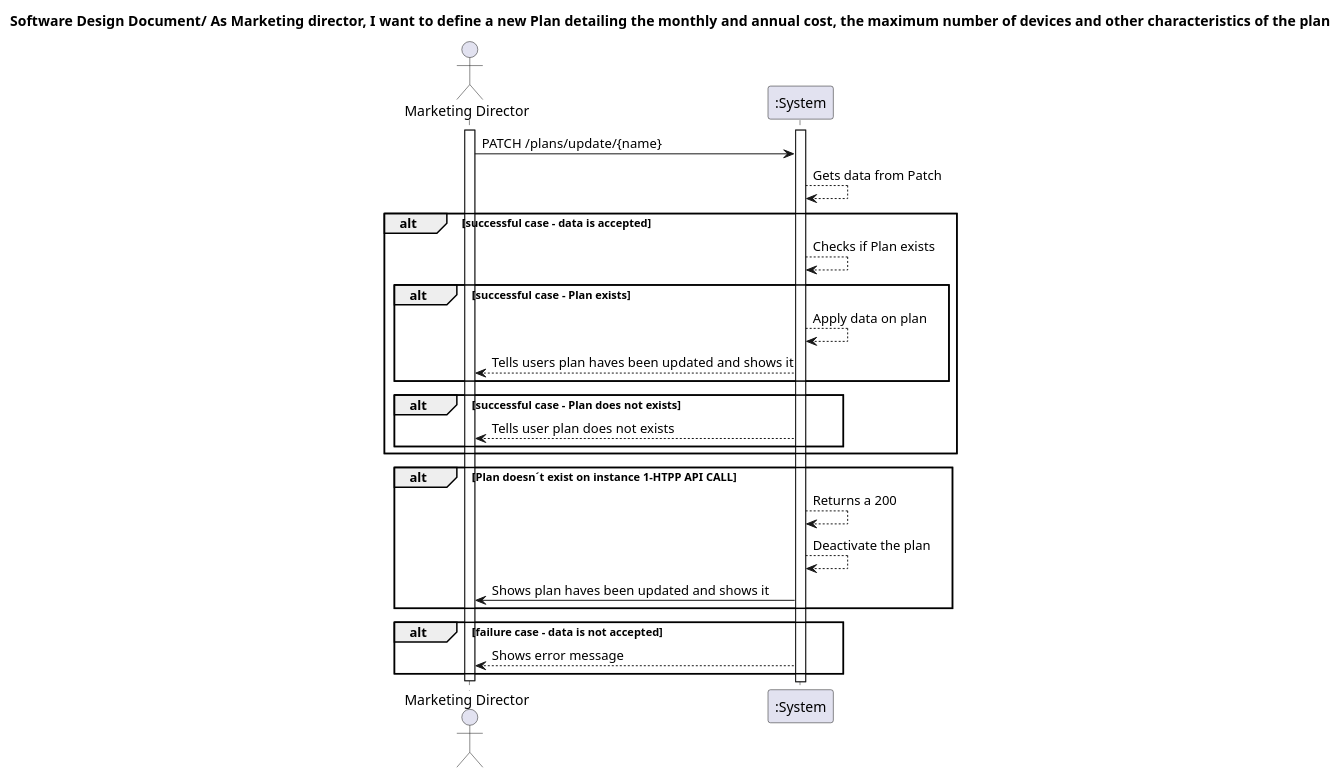
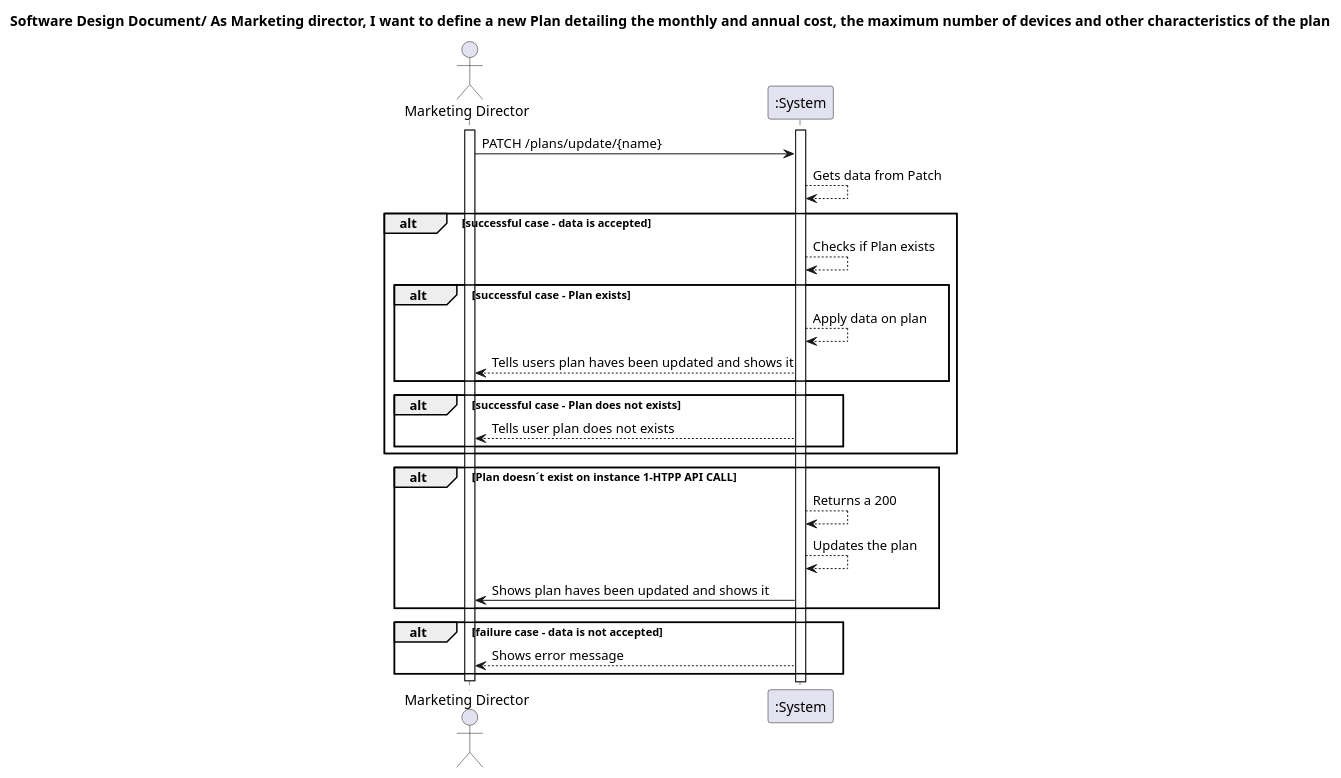
One commit to IsepMartimOliveira/SIDIS changed the diagram in docs_sidis/Plans/WP#1A/US03/SDD.puml. Above: the diagram before and after it, drawn with PlantUML. The commit also changed 12 other files, not shown here.

```diff
--- a/docs_sidis/Plans/WP#1A/US03/SDD.puml
+++ b/docs_sidis/Plans/WP#1A/US03/SDD.puml
@@ -1,37 +1,37 @@
 @startuml
 'https://plantuml.com/sequence-diagram
 actor "Marketing Director" as MD
 title Software Design Document/ As Marketing director, I want to define a new Plan detailing the monthly and annual cost, the maximum number of devices and other characteristics of the plan
 
 activate MD
 
 MD -> ":System" : PATCH /plans/update/{name}
 ":System" --> ":System" : Gets data from Patch
 
 alt successful case - data is accepted
 
 ":System" --> ":System" : Checks if Plan exists
 alt successful case - Plan exists
 ":System" --> ":System" : Apply data on plan
 ":System" --> MD : Tells users plan haves been updated and shows it
 end
 alt successful case - Plan does not exists
 ":System" --> MD : Tells user plan does not exists
 end
 end
 
 alt Plan doesn´t exist on instance 1-HTPP API CALL
 ":System"-->":System":Returns a 200
-":System" --> ":System" : Deactivate the plan
+":System" --> ":System" : Updates the plan
 ":System" -> MD: Shows plan haves been updated and shows it
 
 end
 
 
 alt failure case - data is not accepted
 activate ":System"
 ":System" --> MD : Shows error message
 
 end
 deactivate MD
 @enduml
```
